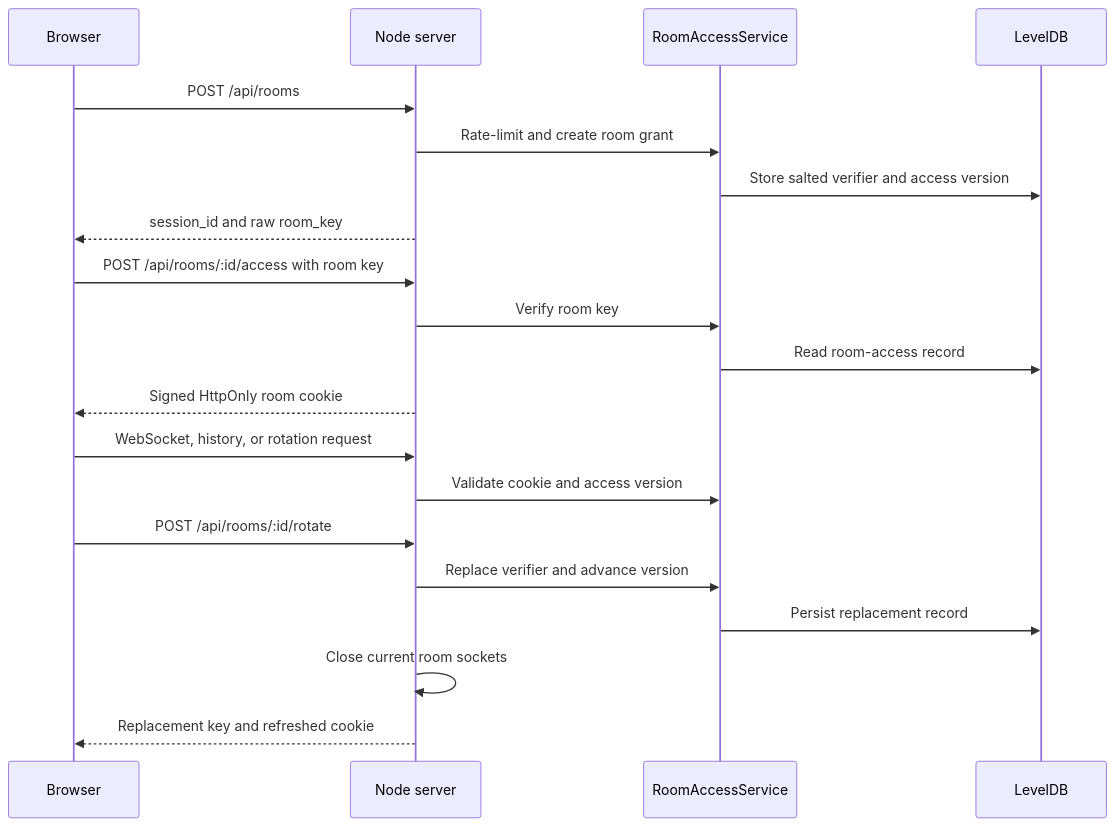
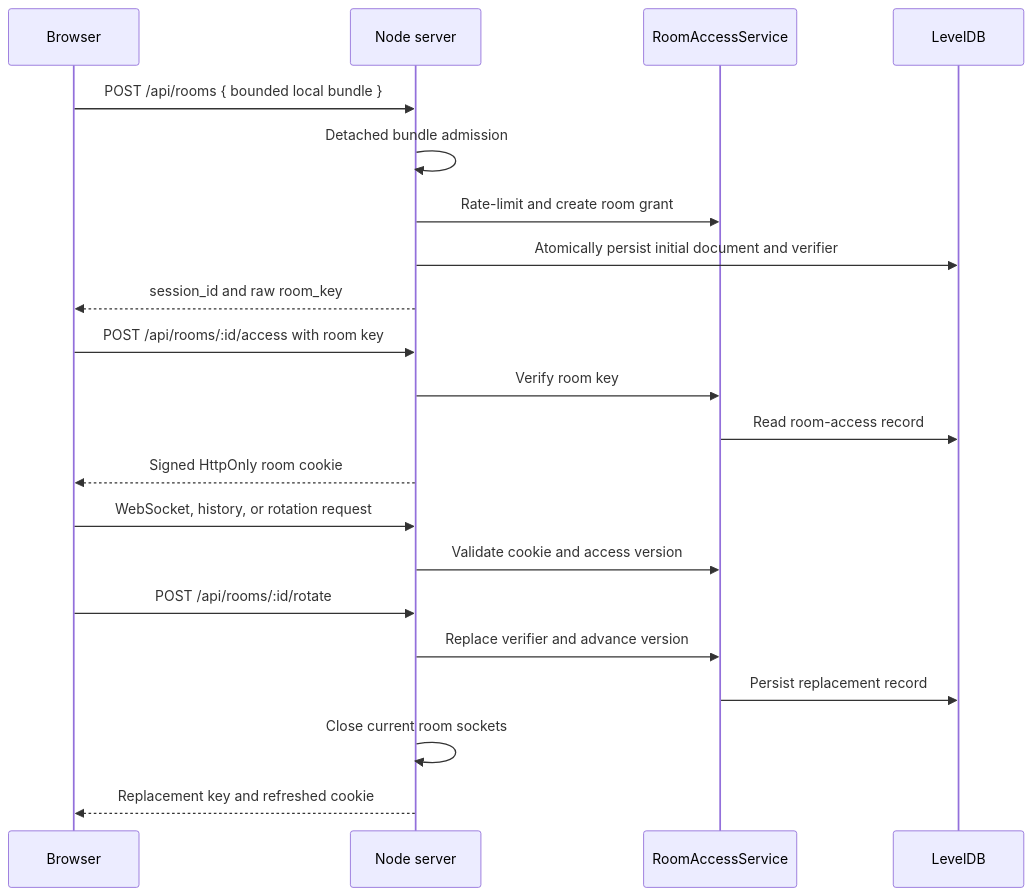
One commit to donovan-yohan/arielcharts changed the second of 4 diagrams in ARCHITECTURE.md. Above: the diagram before and after it, drawn with Mermaid. The commit also changed other lines of this file and 28 other files, not shown here.

````diff
--- a/ARCHITECTURE.md
+++ b/ARCHITECTURE.md
@@ -63,26 +60,27 @@
 ```mermaid
 sequenceDiagram
   participant B as Browser
   participant S as Node server
   participant A as RoomAccessService
   participant D as LevelDB
 
-  B->>S: POST /api/rooms
+  B->>S: POST /api/rooms { bounded local bundle }
+  S->>S: Detached bundle admission
   S->>A: Rate-limit and create room grant
-  A->>D: Store salted verifier and access version
+  S->>D: Atomically persist initial document and verifier
   S-->>B: session_id and raw room_key
 
   B->>S: POST /api/rooms/:id/access with room key
   S->>A: Verify room key
   A->>D: Read room-access record
   S-->>B: Signed HttpOnly room cookie
 
   B->>S: WebSocket, history, or rotation request
   S->>A: Validate cookie and access version
 
   B->>S: POST /api/rooms/:id/rotate
   S->>A: Replace verifier and advance version
   A->>D: Persist replacement record
   S->>S: Close current room sockets
   S-->>B: Replacement key and refreshed cookie
 ```
````
